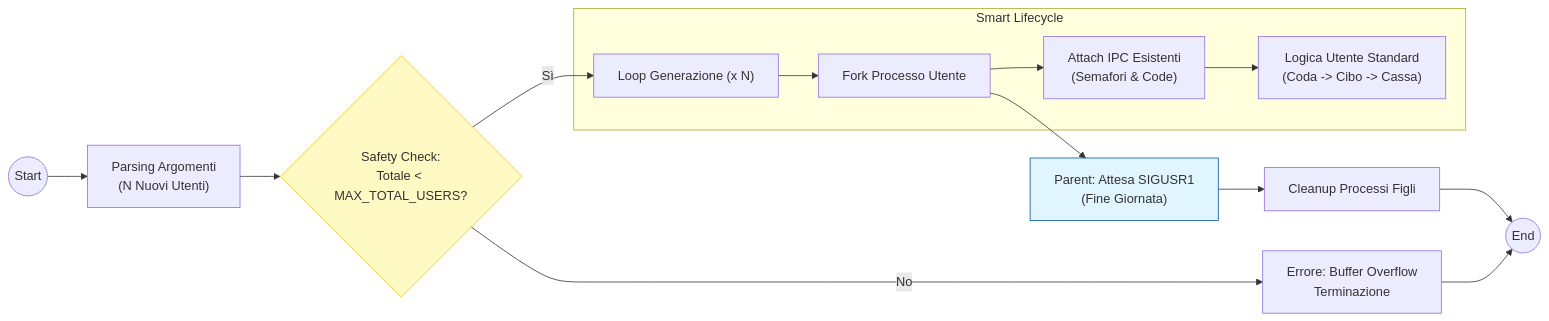
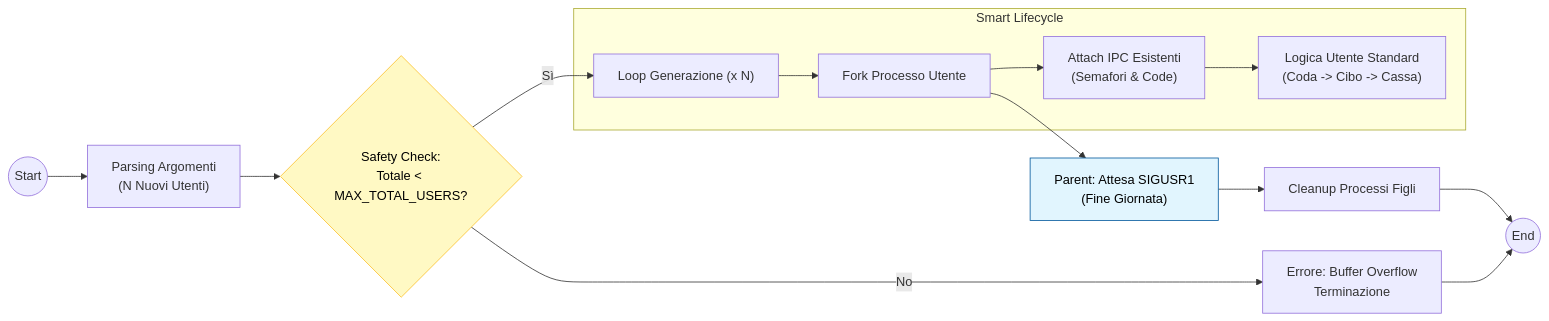
Before and after one commit to l0gic5/servizio_mensa: the ninth of 10 diagrams in RELAZIONE.md, drawn with Mermaid. The commit also changed other lines of this file, not shown here.

````diff
--- a/RELAZIONE.md
+++ b/RELAZIONE.md
@@ -387,22 +387,22 @@
 ```mermaid
 graph LR
   Start((Start)) --> Init["Parsing Argomenti<br>(N Nuovi Utenti)"]
   Init --> Check{"Safety Check:<br>Totale < MAX_TOTAL_USERS?"}
   
   Check -->|No| Error["Errore: Buffer Overflow<br>Terminazione"]
   Check -->|Sì| Loop["Loop Generazione (x N)"]
   
   subgraph "Smart Lifecycle"
     Loop --> Fork[Fork Processo Utente]
     Fork --> Attach["Attach IPC Esistenti<br>(Semafori & Code)"]
     Attach --> Logic["Logica Utente Standard<br>(Coda -> Cibo -> Cassa)"]
   end
   
   Fork --> WaitSig["Parent: Attesa SIGUSR1<br>(Fine Giornata)"]
   WaitSig --> Clean["Cleanup Processi Figli"]
   Clean --> End((End))
   Error --> End
   
-  style Check fill:#fff9c4,stroke:#fbc02d
-  style WaitSig fill:#e1f5fe,stroke:#01579b
+  style Check fill:#fff9c4,stroke:#fbc02d,color:#000
+  style WaitSig fill:#e1f5fe,stroke:#01579b,color:#000
 ```
````
